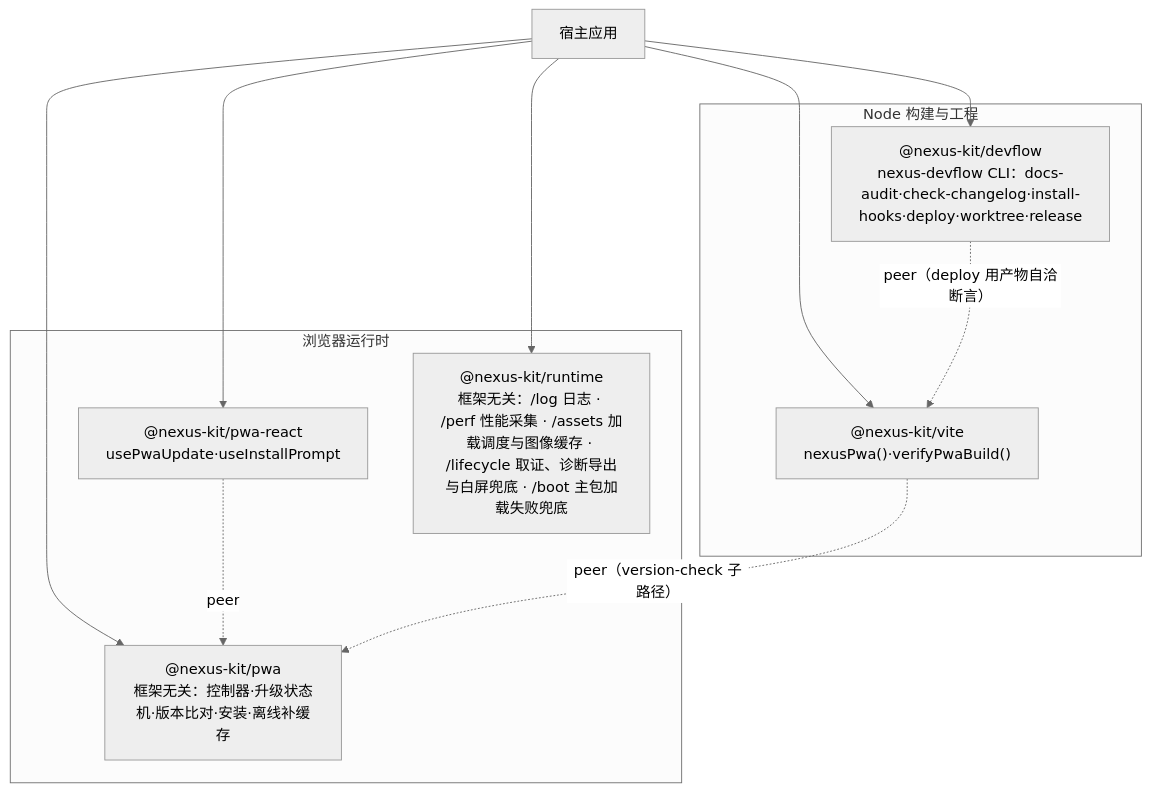
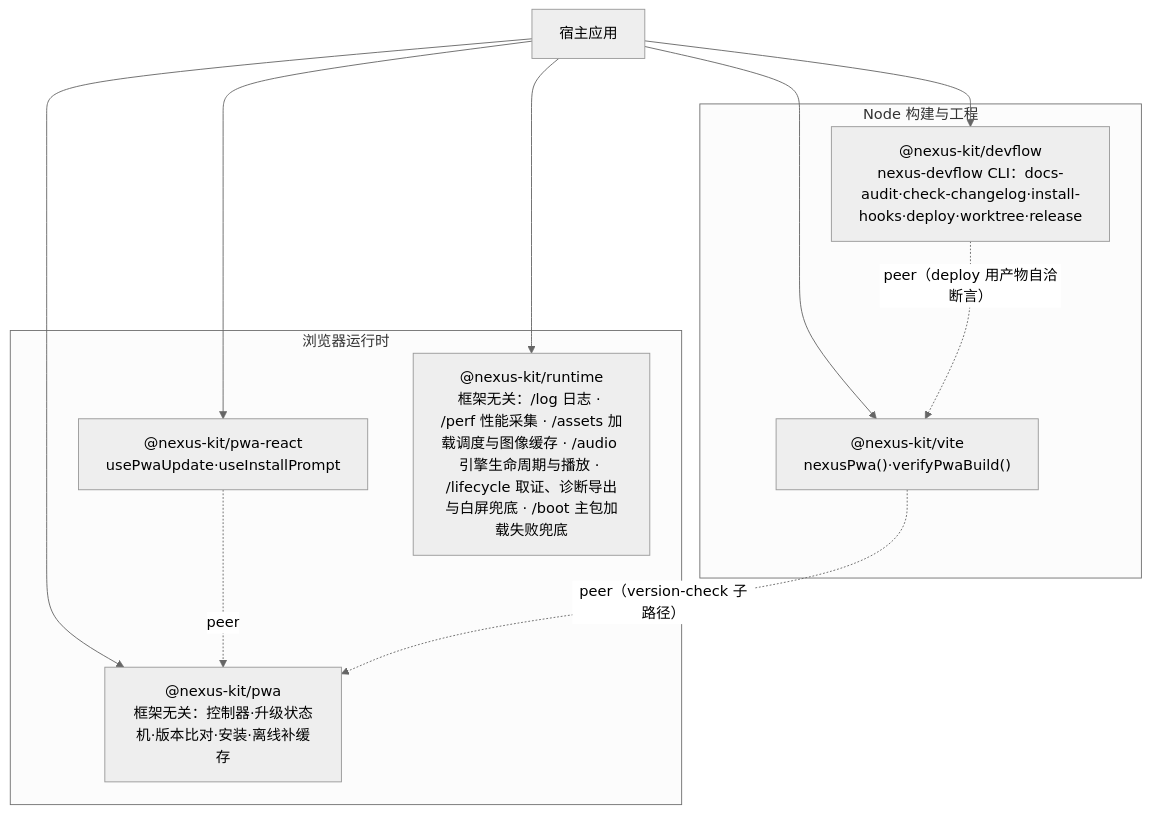
The first of 2 diagrams in docs/架构算法/总览.md (iazrael/nexus-kit), drawn with Mermaid (neutral theme) before and after one commit. The commit also changed other lines of this file and 32 other files, not shown here.

First line of the commit message:
feat(runtime): 新增 /audio 音频——引擎宿主与样本播放器（运行时基础设施第四期）

````diff
--- a/docs/架构算法/总览.md
+++ b/docs/架构算法/总览.md
@@ -7,16 +7,16 @@
 ```mermaid
 flowchart TB
   subgraph 浏览器运行时
     PWA["@nexus-kit/pwa<br/>框架无关：控制器·升级状态机·版本比对·安装·离线补缓存"]
     PR["@nexus-kit/pwa-react<br/>usePwaUpdate·useInstallPrompt"]
-    RT["@nexus-kit/runtime<br/>框架无关：/log 日志 · /perf 性能采集 · /assets 加载调度与图像缓存 · /lifecycle 取证、诊断导出与白屏兜底 · /boot 主包加载失败兜底"]
+    RT["@nexus-kit/runtime<br/>框架无关：/log 日志 · /perf 性能采集 · /assets 加载调度与图像缓存 · /audio 引擎生命周期与播放 · /lifecycle 取证、诊断导出与白屏兜底 · /boot 主包加载失败兜底"]
   end
   subgraph Node 构建与工程
     VITE["@nexus-kit/vite<br/>nexusPwa()·verifyPwaBuild()"]
     DF["@nexus-kit/devflow<br/>nexus-devflow CLI：docs-audit·check-changelog·install-hooks·deploy·worktree·release"]
   end
   PR -. peer .-> PWA
   VITE -. "peer（version-check 子路径）" .-> PWA
   DF -. "peer（deploy 用产物自洽断言）" .-> VITE
   APP[宿主应用] --> PWA & PR & RT & VITE & DF
 ```
````
